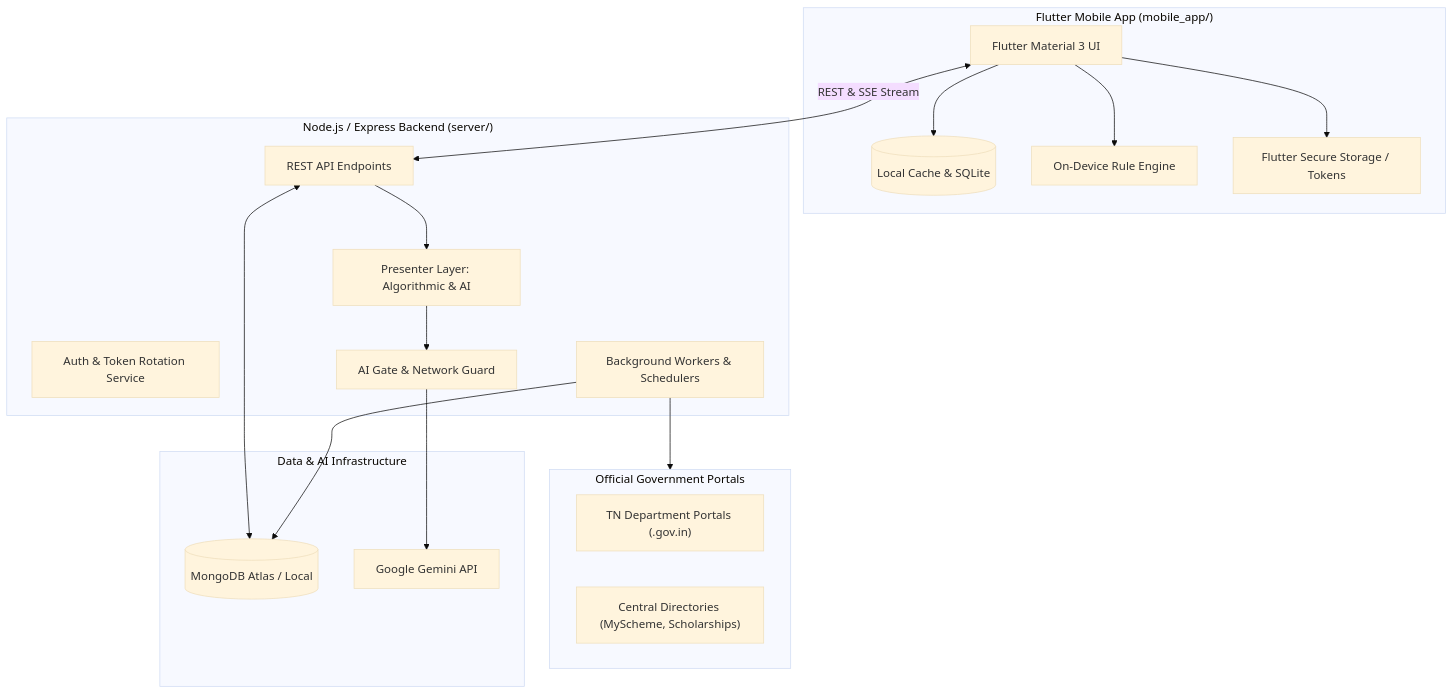
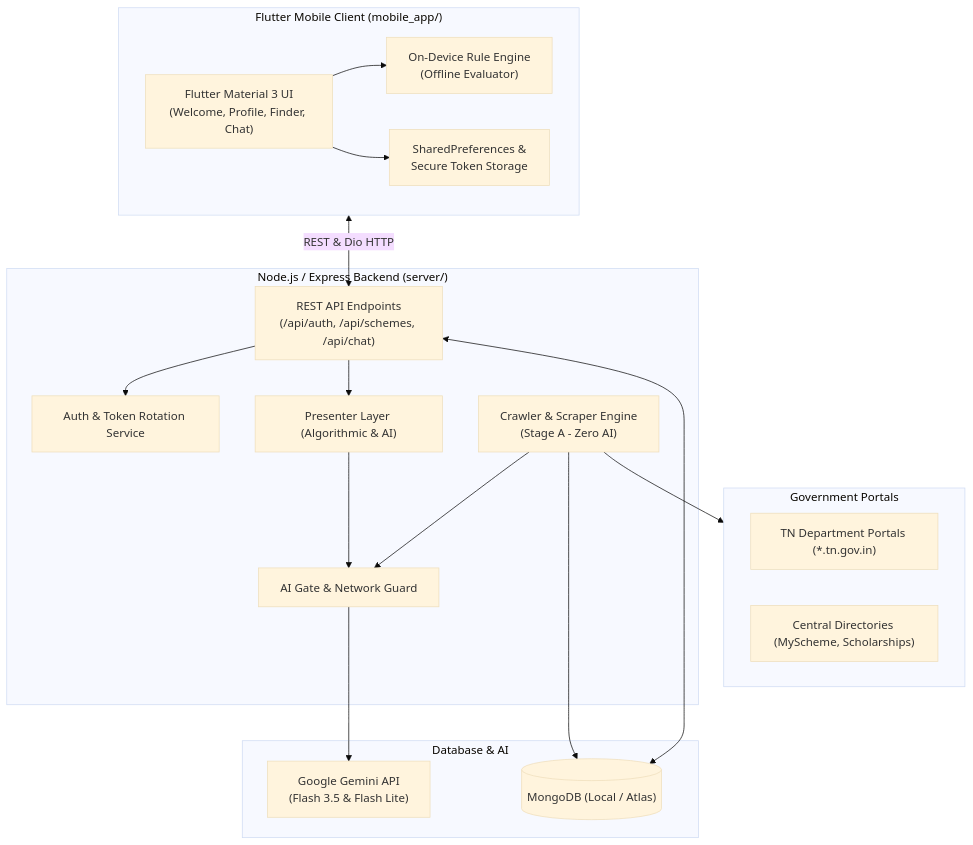
The diagram in README.md (Daranyag/scheme), drawn with Mermaid (base theme) before and after one commit. The commit also changed other lines of this file and 8 other files, not shown here.

Commit message:
feat: add Thittam branding, entry flow buttons, guest mode access, and updated README

````diff
--- a/README.md
+++ b/README.md
@@ -28,34 +37,39 @@
 ```mermaid
 flowchart TD
-    subgraph MobileApp ["Flutter Mobile App (mobile_app/)"]
-        UI[Flutter Material 3 UI] --> LocalStore[(Local Cache & SQLite)]
-        UI --> LocalEngine[On-Device Rule Engine]
-        UI --> SecureStorage[Flutter Secure Storage / Tokens]
+    subgraph Client ["Flutter Mobile Client (mobile_app/)"]
+        AppUI["Flutter Material 3 UI\n(Welcome, Profile, Finder, Chat)"]
+        LocalEngine["On-Device Rule Engine\n(Offline Evaluator)"]
+        LocalCache["SharedPreferences &\nSecure Token Storage"]
+        AppUI --> LocalEngine
+        AppUI --> LocalCache
     end
 
-    subgraph BackendAPI ["Node.js / Express Backend (server/)"]
-        Auth[Auth & Token Rotation Service]
-        Routes[REST API Endpoints]
-        Presenter[Presenter Layer: Algorithmic & AI]
-        AIGate[AI Gate & Network Guard]
-        WorkerMgr[Background Workers & Schedulers]
+    subgraph Backend ["Node.js / Express Backend (server/)"]
+        API["REST API Endpoints\n(/api/auth, /api/schemes, /api/chat)"]
+        AuthSvc["Auth & Token Rotation Service"]
+        AIGate["AI Gate & Network Guard"]
+        Presenter["Presenter Layer (Algorithmic & AI)"]
+        Crawler["Crawler & Scraper Engine\n(Stage A - Zero AI)"]
+        
+        API --> AuthSvc
+        API --> Presenter
+        Presenter --> AIGate
+        Crawler --> AIGate
     end
 
-    subgraph ExternalSources ["Official Government Portals"]
-        TNPortals["TN Department Portals (.gov.in)"]
+    subgraph Portals ["Government Portals"]
+        TNPortals["TN Department Portals (*.tn.gov.in)"]
         CentralPortals["Central Directories (MyScheme, Scholarships)"]
     end
 
-    subgraph StorageAI ["Data & AI Infrastructure"]
-        MongoDB[(MongoDB Atlas / Local)]
-        Gemini[Google Gemini API]
+    subgraph Storage ["Database & AI"]
+        Mongo[("MongoDB (Local / Atlas)")]
+        Gemini["Google Gemini API\n(Flash 3.5 & Flash Lite)"]
     end
 
-    UI <-->|REST & SSE Stream| Routes
-    Routes <--> MongoDB
-    Routes --> Presenter
-    Presenter --> AIGate
+    Client <-->|REST & Dio HTTP| API
+    API <--> Mongo
     AIGate --> Gemini
-    WorkerMgr --> ExternalSources
-    WorkerMgr --> MongoDB
+    Crawler --> Portals
+    Crawler --> Mongo
 ```
````
